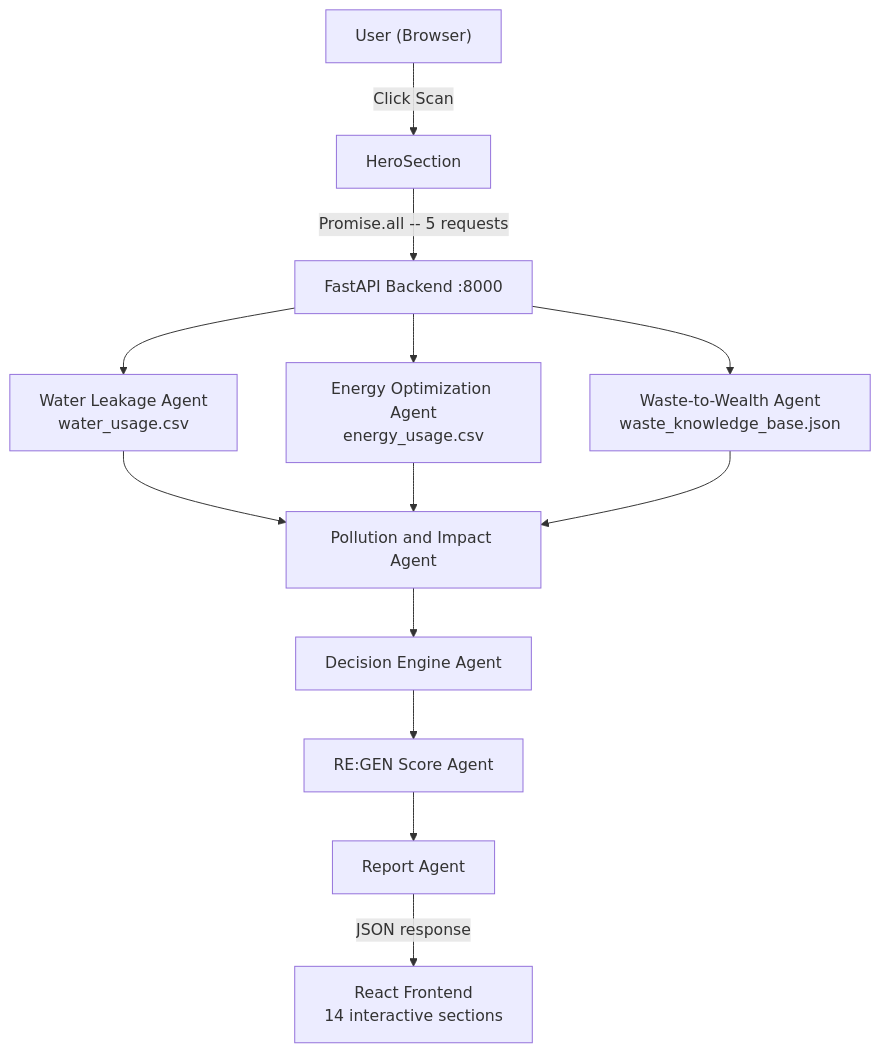
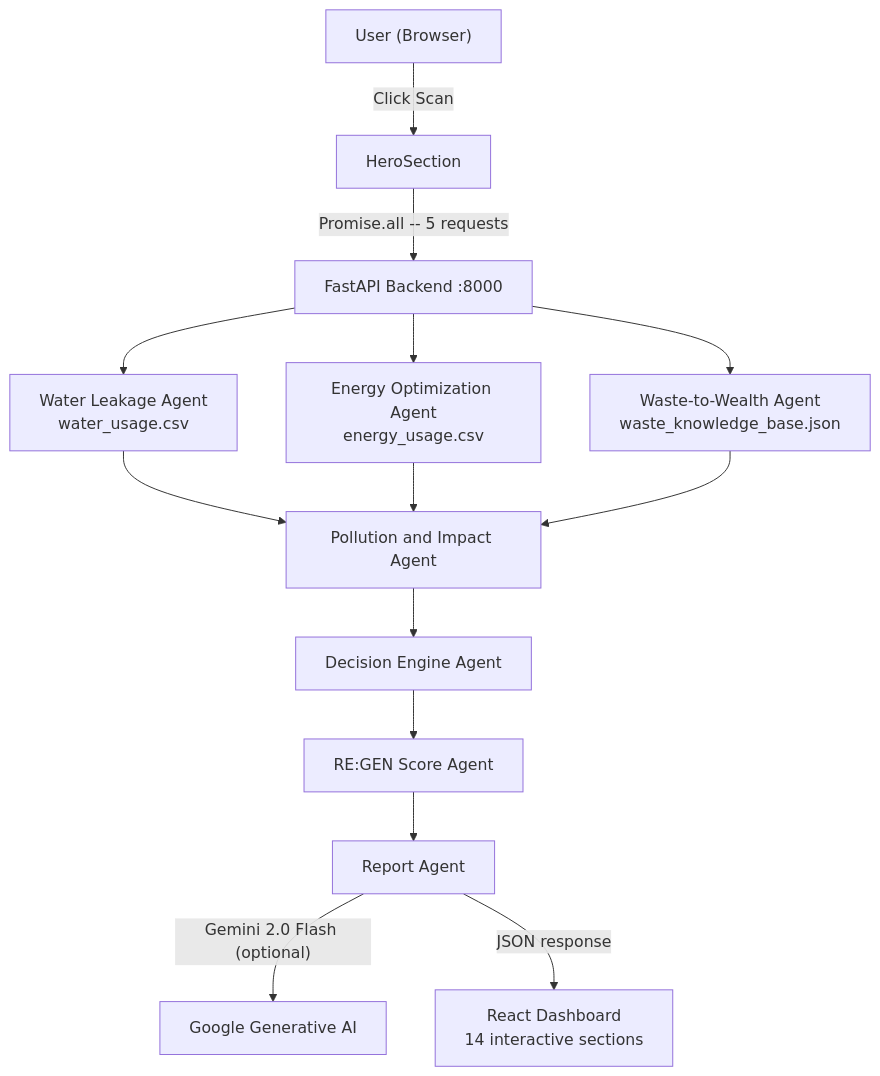
The first of 2 diagrams in README.md (DivyaShreeS09/RE-GEN-AI), drawn with Mermaid before and after one commit. The commit also changed other lines of this file and 15 other files, not shown here.

````diff
--- a/README.md
+++ b/README.md
@@ -35,19 +97,20 @@
 ```mermaid
 graph TD
     User["User (Browser)"] -->|"Click Scan"| Hero["HeroSection"]
     Hero -->|"Promise.all -- 5 requests"| API["FastAPI Backend :8000"]
 
     API --> WA["Water Leakage Agent\nwater_usage.csv"]
     API --> EA["Energy Optimization Agent\nenergy_usage.csv"]
     API --> WsA["Waste-to-Wealth Agent\nwaste_knowledge_base.json"]
 
     WA  --> IA["Pollution and Impact Agent"]
     EA  --> IA
     WsA --> IA
 
     IA  --> DA["Decision Engine Agent"]
     DA  --> SA["RE:GEN Score Agent"]
     SA  --> RA["Report Agent"]
 
-    RA  -->|"JSON response"| FE["React Frontend\n14 interactive sections"]
+    RA  -->|"Gemini 2.0 Flash (optional)"| GEM["Google Generative AI"]
+    RA  -->|"JSON response"| FE["React Dashboard\n14 interactive sections"]
 ```
````
